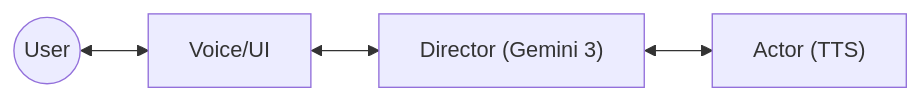
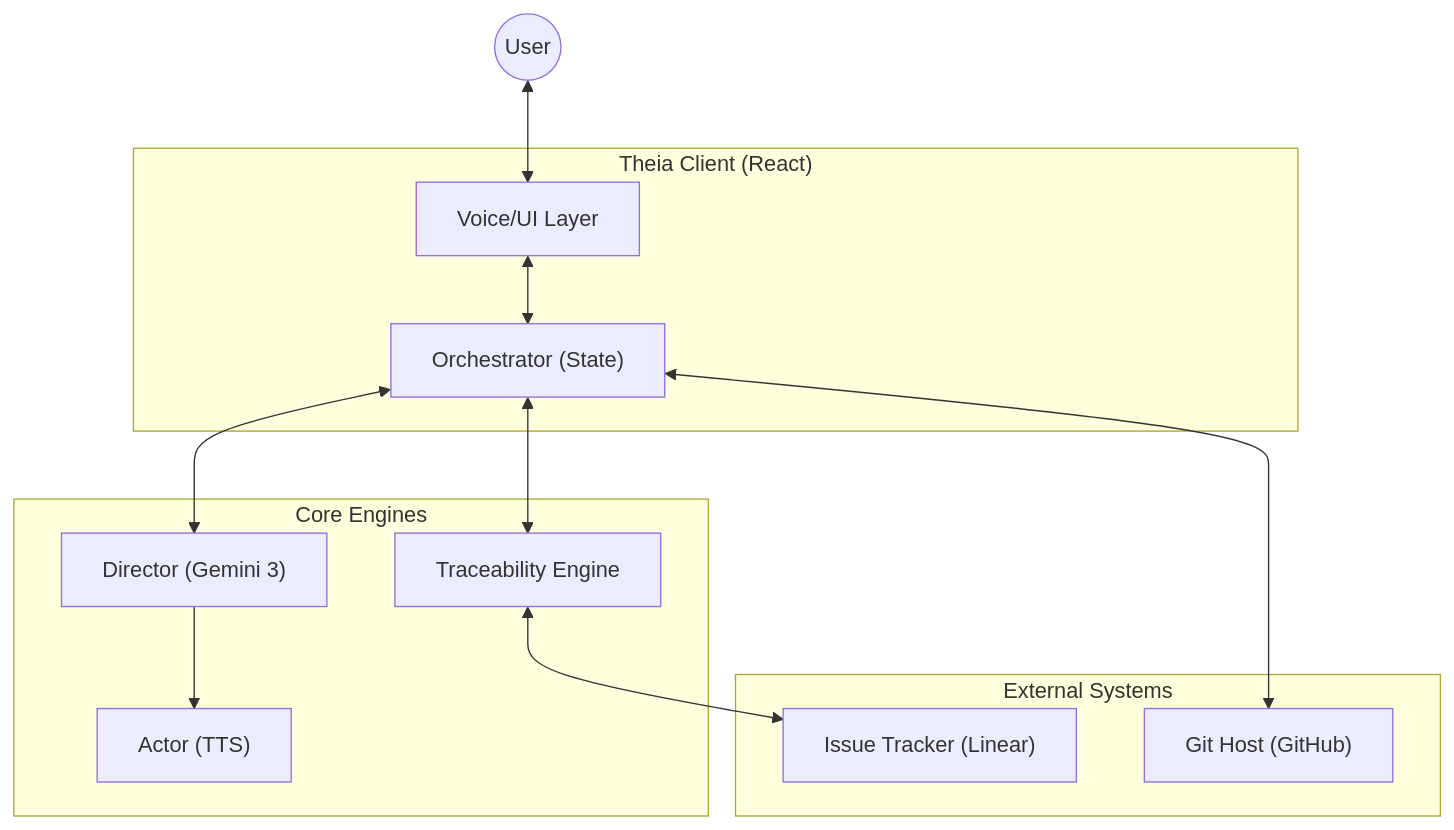
One commit to thamam/My-Code-Review-Assistant changed the first of 4 diagrams in docs/ARCHITECTURE.md. Above: the diagram before and after it, drawn with Mermaid. The commit also changed other lines of this file, not shown here.

Commit message:
docs: restructure architecture with hierarchical diagrams (system, agent, traceability)

````diff
--- a/docs/ARCHITECTURE.md
+++ b/docs/ARCHITECTURE.md
@@ -5,6 +7,27 @@
 ```mermaid
-graph LR
-    User((User)) <--> VoiceUI["Voice/UI"]
-    VoiceUI <--> Director["Director (Gemini 3)"]
-    Director <--> Actor["Actor (TTS)"]
+graph TD
+    User((User)) 
+    subgraph "Theia Client (React)"
+        VoiceUI["Voice/UI Layer"]
+        Orchestrator["Orchestrator (State)"]
+    end
+    
+    subgraph "Core Engines"
+        Director["Director (Gemini 3)"]
+        Actor["Actor (TTS)"]
+        TraceEngine["Traceability Engine"]
+    end
+    
+    subgraph "External Systems"
+        Git["Git Host (GitHub)"]
+        Linear["Issue Tracker (Linear)"]
+    end
+
+    User <--> VoiceUI
+    VoiceUI <--> Orchestrator
+    Orchestrator <--> Director
+    Orchestrator <--> TraceEngine
+    Director --> Actor
+    Orchestrator <--> Git
+    TraceEngine <--> Linear
 ```
````
